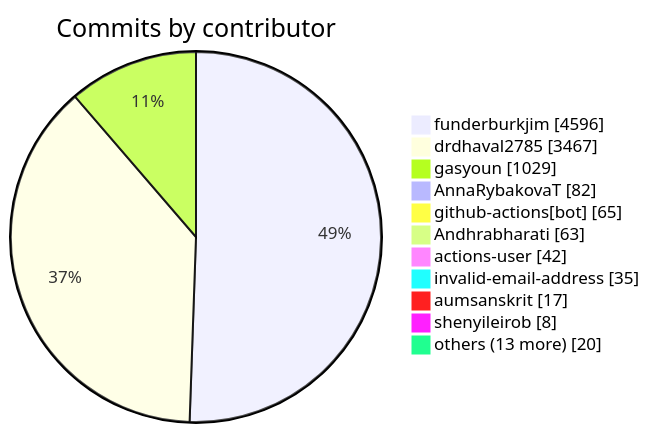
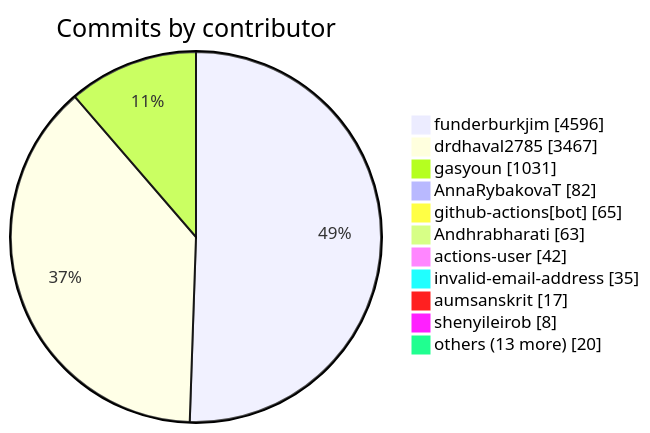
Before and after one commit to sanskrit-lexicon/csl-observatory: the second of 3 diagrams in docs/CONTRIBUTOR_STATS.md, drawn with Mermaid. The commit also changed other lines of this file and 2 other files, not shown here.

````diff
--- a/docs/CONTRIBUTOR_STATS.md
+++ b/docs/CONTRIBUTOR_STATS.md
@@ -98,15 +98,15 @@
 ```mermaid
 pie showData
   title Commits by contributor
   "funderburkjim" : 4596
   "drdhaval2785" : 3467
-  "gasyoun" : 1029
+  "gasyoun" : 1031
   "AnnaRybakovaT" : 82
   "github-actions[bot]" : 65
   "Andhrabharati" : 63
   "actions-user" : 42
   "invalid-email-address" : 35
   "aumsanskrit" : 17
   "shenyileirob" : 8
   "others (13 more)" : 20
 ```
````
